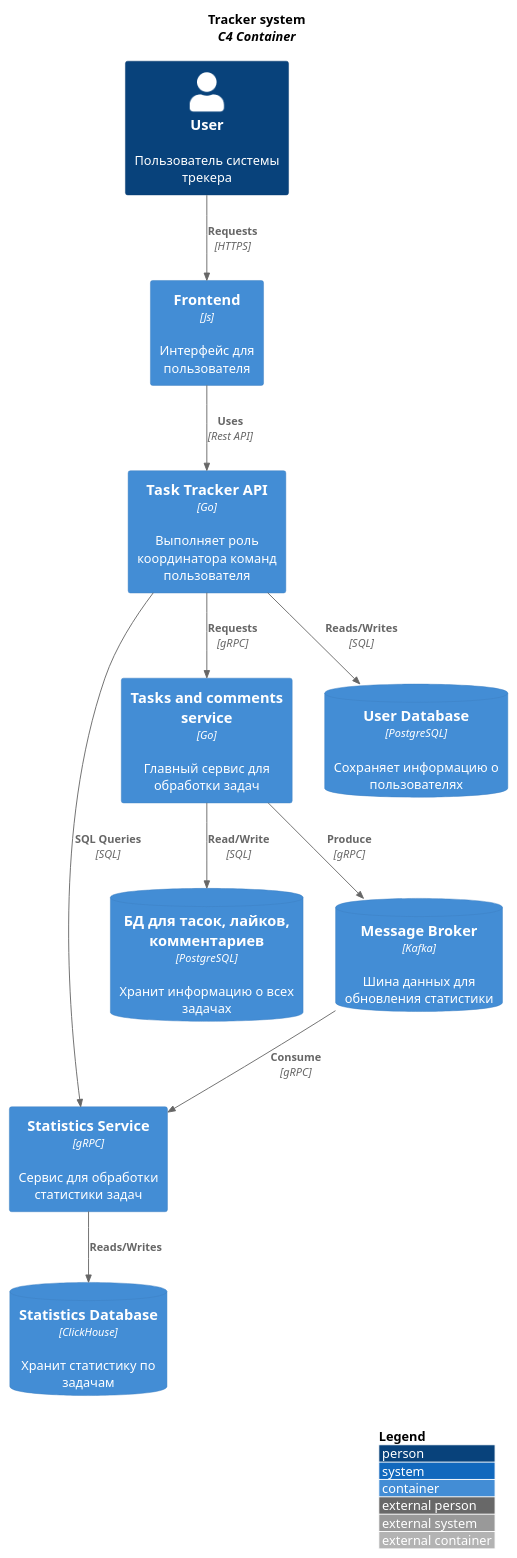
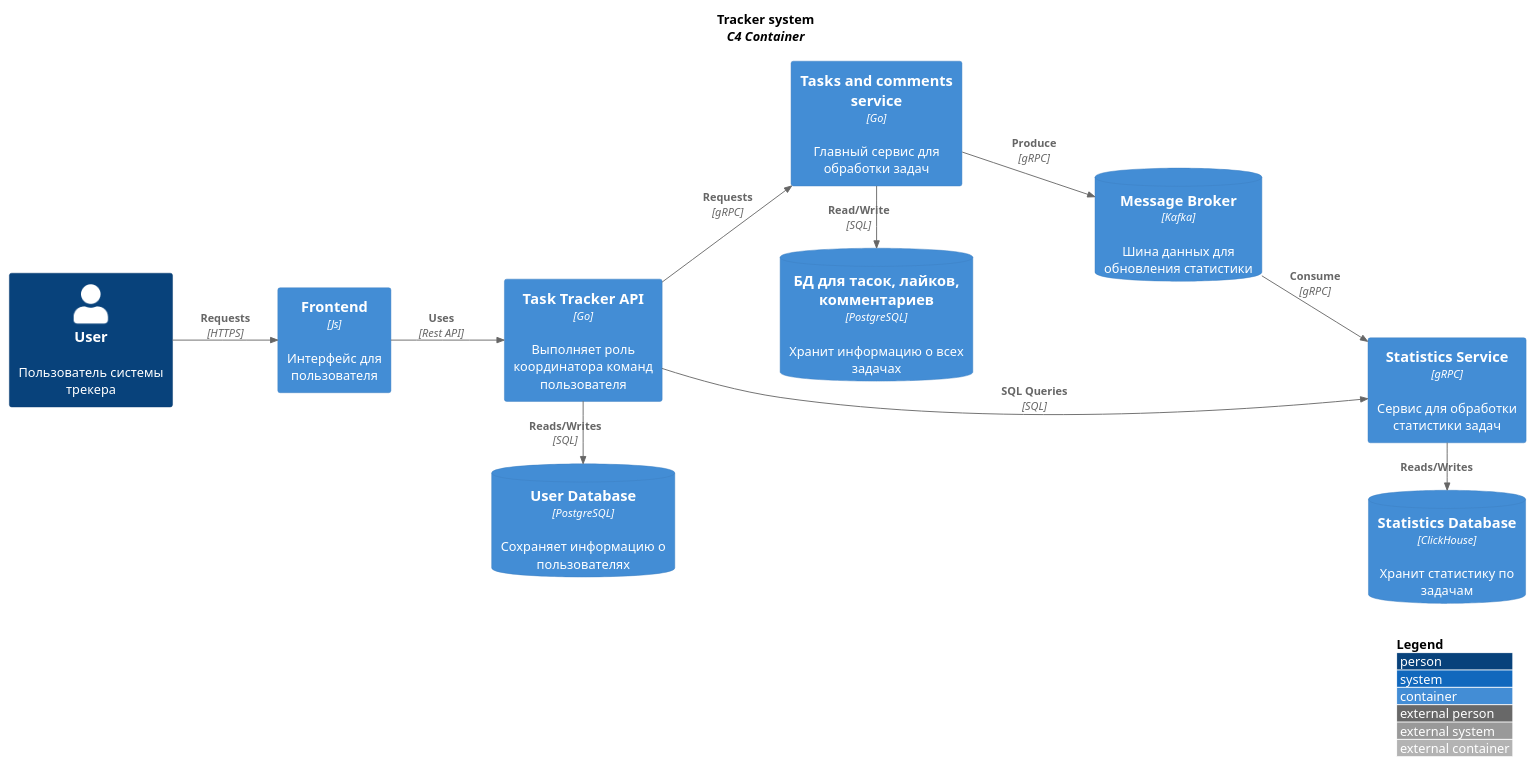
Before and after one commit to L1ght25/soa: the diagram in architecture/c4-container.puml, drawn with PlantUML. The commit also changed 1 other file, not shown here.

```diff
--- a/architecture/c4-container.puml
+++ b/architecture/c4-container.puml
@@ -2,35 +2,36 @@
 @startuml con
 !include https://raw.githubusercontent.com/plantuml-stdlib/C4-PlantUML/latest/C4_Container.puml
 
 LAYOUT_WITH_LEGEND()
+LAYOUT_LANDSCAPE()
 
 title
     <b>Tracker system</b>
     <i>C4 Container</i>
 end title
 
 Person(user, "User", "Пользователь системы трекера")
 
 Container(front, "Frontend", "Js", "Интерфейс для пользователя")
 Container(taskTrackerApi, "Task Tracker API", "Go", "Выполняет роль координатора команд пользователя")
 Container(statisticsService, "Statistics Service", "gRPC", "Сервис для обработки статистики задач")
 Container(TasksService, "Tasks and comments service", "Go", "Главный сервис для обработки задач")
 
 ContainerDb(statisticsDatabase, "Statistics Database", "ClickHouse", "Хранит статистику по задачам")
 ContainerDb(userDatabase, "User Database", "PostgreSQL", "Сохраняет информацию о пользователях")
 ContainerDb(tasksDatabase, "БД для тасок, лайков, комментариев", "PostgreSQL", "Хранит информацию о всех задачах")
 ContainerDb(broker, "Message Broker", "Kafka", "Шина данных для обновления статистики")
 
 Rel(user, front, "Requests", "HTTPS")
 Rel(front, taskTrackerApi, "Uses", "Rest API")
 
-Rel(taskTrackerApi, userDatabase, "Reads/Writes", "SQL")
+Rel_D(taskTrackerApi, userDatabase, "Reads/Writes", "SQL")
 Rel(taskTrackerApi, TasksService, "Requests", "gRPC")
 Rel(taskTrackerApi, statisticsService, "SQL Queries", "SQL")
 
 Rel(TasksService, broker, "Produce", "gRPC")
-Rel(TasksService, tasksDatabase, "Read/Write", "SQL")
+Rel_D(TasksService, tasksDatabase, "Read/Write", "SQL")
 
 Rel(broker, statisticsService, "Consume", "gRPC")
-Rel(statisticsService, statisticsDatabase, "Reads/Writes")
+Rel_D(statisticsService, statisticsDatabase, "Reads/Writes")
 @enduml
```
